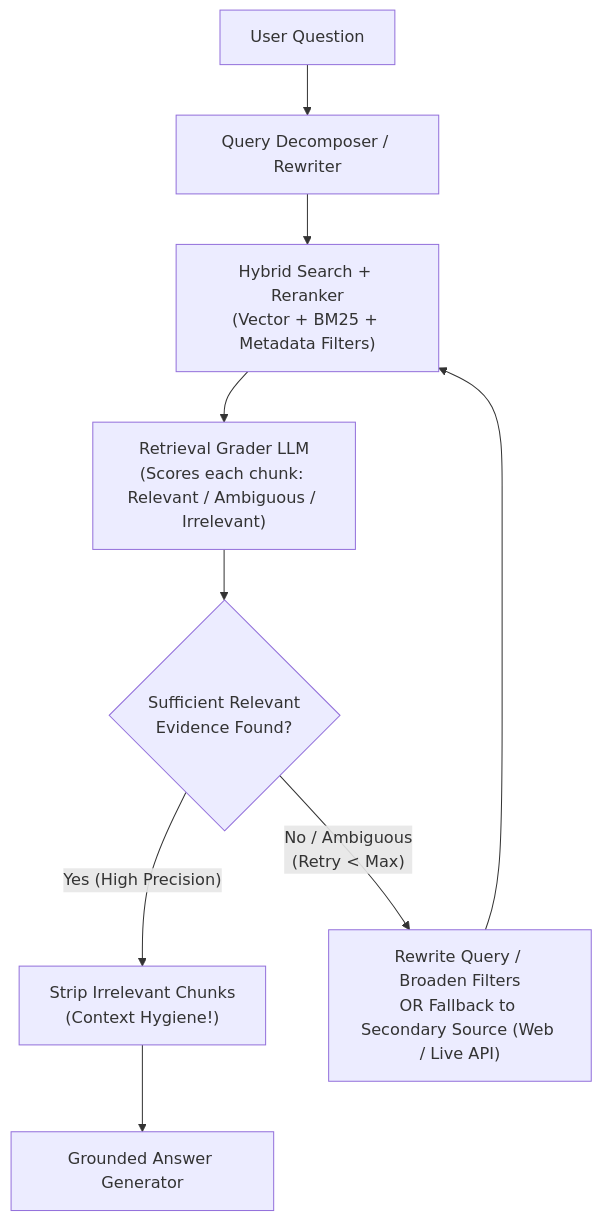
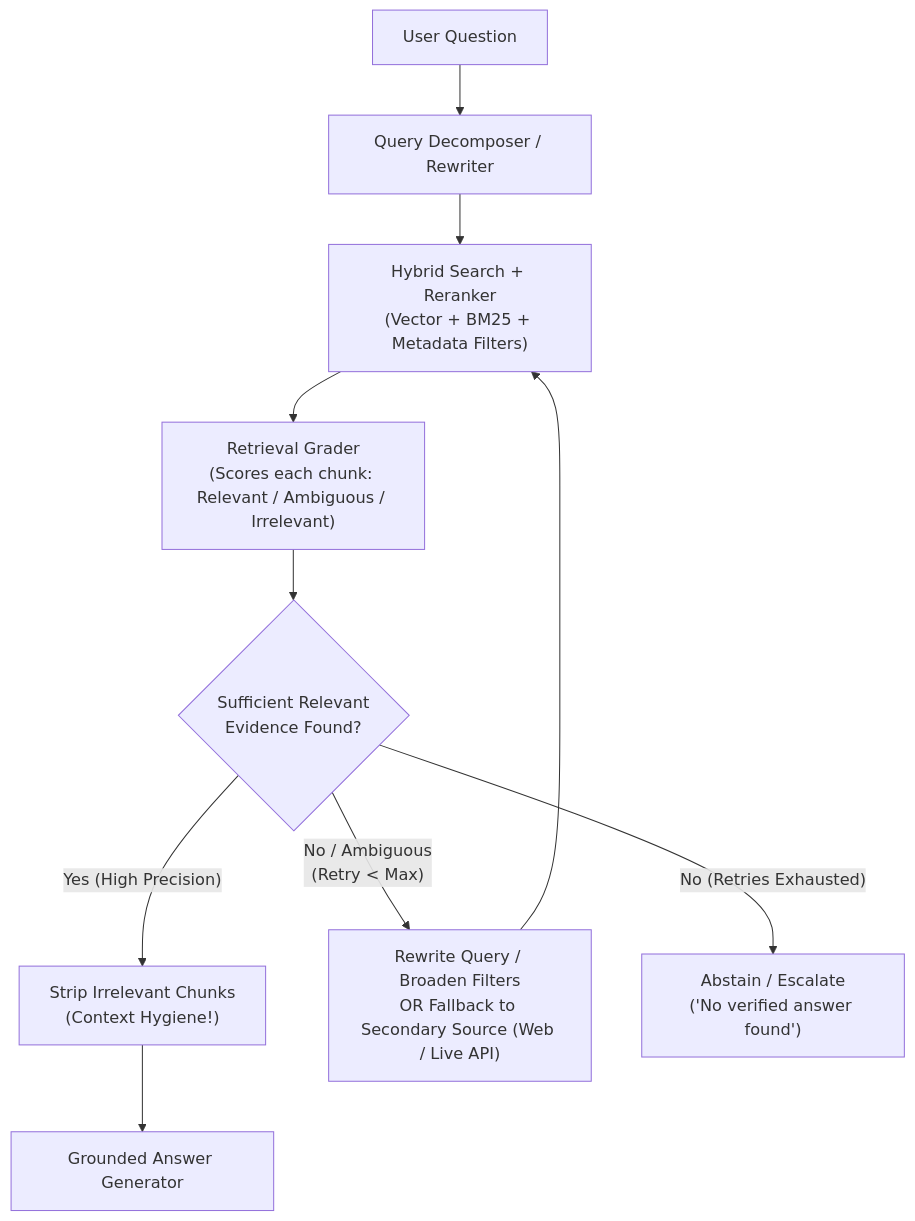
Before and after one commit to Rajdipc/agentic-ai-orchestration-patterns: the first of 2 diagrams in chapter-07-agentic-rag-and-knowledge-grounding.md, drawn with Mermaid. The commit also changed other lines of this file and 18 other files, not shown here.

````diff
--- a/chapter-07-agentic-rag-and-knowledge-grounding.md
+++ b/chapter-07-agentic-rag-and-knowledge-grounding.md
@@ -48,11 +57,12 @@
 ```mermaid
 flowchart TD
-    Query["User Question"] -->Decomp["Query Decomposer / Rewriter"]
-    Decomp --> Retrieve["Hybrid Search + Reranker\n(Vector + BM25 + Metadata Filters)"]
-    Retrieve --> Grader["Retrieval Grader LLM\n(Scores each chunk: Relevant / Ambiguous / Irrelevant)"]
-    Grader --> Check{"Sufficient Relevant\nEvidence Found?"}
-    Check -- "Yes (High Precision)" --> Filter["Strip Irrelevant Chunks\n(Context Hygiene!)"]
-    Check -- "No / Ambiguous\n(Retry < Max)" --> Rewrite["Rewrite Query / Broaden Filters\nOR Fallback to Secondary Source (Web / Live API)"]
+    Query["User Question"] --> Decomp["Query Decomposer / Rewriter"]
+    Decomp --> Retrieve["Hybrid Search + Reranker<br/>(Vector + BM25 + Metadata Filters)"]
+    Retrieve --> Grader["Retrieval Grader<br/>(Scores each chunk: Relevant / Ambiguous / Irrelevant)"]
+    Grader --> Check{"Sufficient Relevant<br/>Evidence Found?"}
+    Check -- "Yes (High Precision)" --> Filter["Strip Irrelevant Chunks<br/>(Context Hygiene!)"]
+    Check -- "No / Ambiguous<br/>(Retry < Max)" --> Rewrite["Rewrite Query / Broaden Filters<br/>OR Fallback to Secondary Source (Web / Live API)"]
+    Check -- "No (Retries Exhausted)" --> Abstain["Abstain / Escalate<br/>('No verified answer found')"]
     Rewrite --> Retrieve
     Filter --> Gen["Grounded Answer Generator"]
 ```
````
